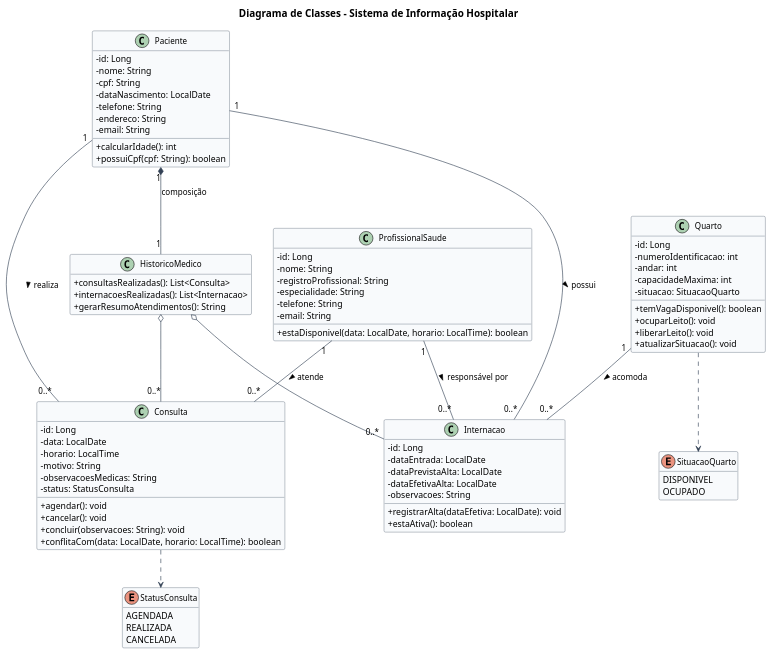
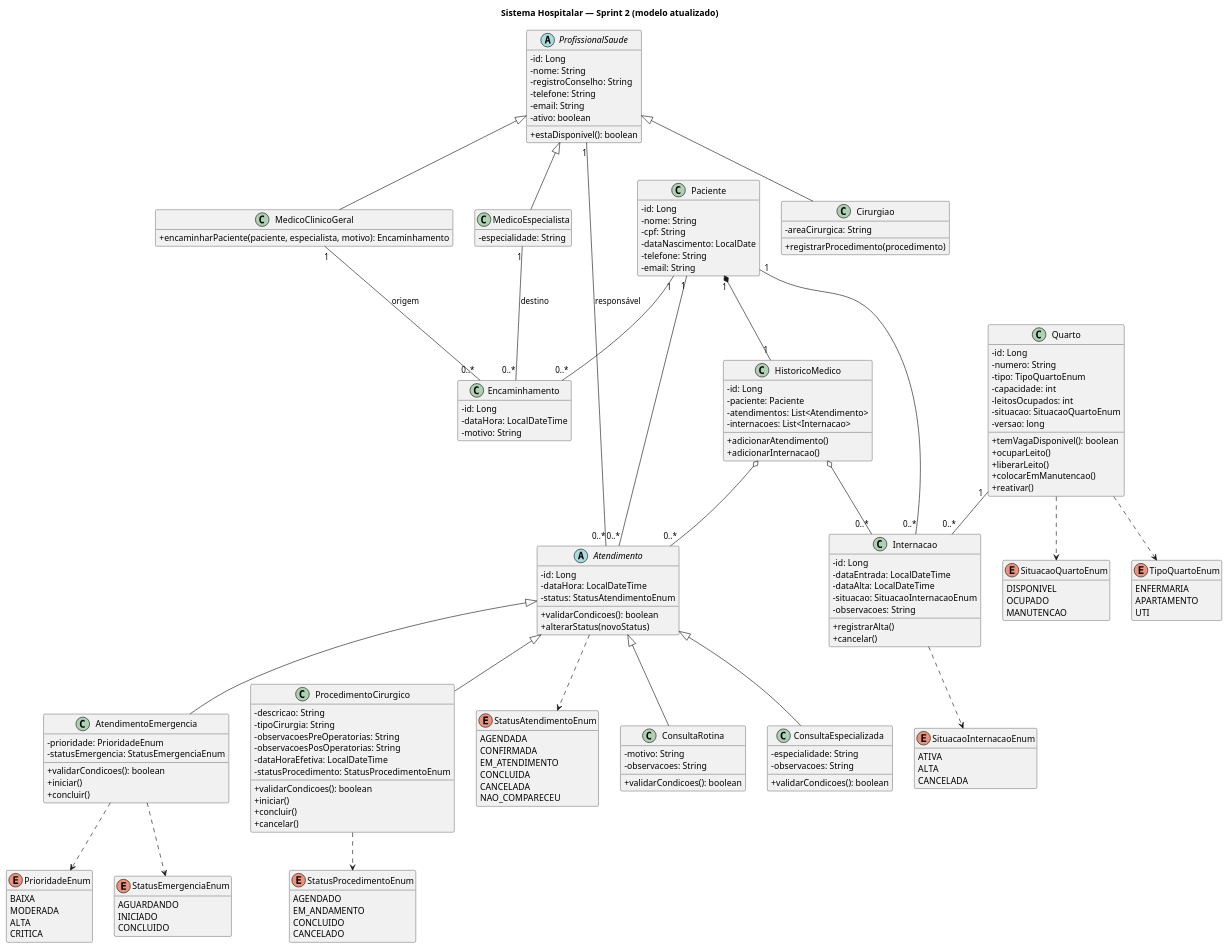
Before and after one commit to Vinicius-Mantini/Sistema_Hospitalar: the diagram in diagrama/diagrama-classes.puml, drawn with PlantUML. The commit also changed 69 other files, not shown here.

```diff
--- a/diagrama/diagrama-classes.puml
+++ b/diagrama/diagrama-classes.puml
@@ -1,99 +1,175 @@
 @startuml diagrama-classes
-title Diagrama de Classes - Sistema de Informação Hospitalar
-skinparam backgroundColor white
-skinparam classAttributeIconSize 0
-skinparam shadowing false
-skinparam class {
-  BackgroundColor #F8FAFC
-  BorderColor #334155
-  ArrowColor #334155
-  FontSize 13
-}
-skinparam titleFontSize 16
-hide empty members
+ title Sistema Hospitalar — Sprint 2 (modelo atualizado)
+ skinparam classAttributeIconSize 0
+ hide empty members
 
-class Paciente {
-  - id: Long
-  - nome: String
-  - cpf: String
-  - dataNascimento: LocalDate
-  - telefone: String
-  - endereco: String
-  - email: String
-  + calcularIdade(): int
-  + possuiCpf(cpf: String): boolean
-}
+ abstract class ProfissionalSaude {
+   - id: Long
+   - nome: String
+   - registroConselho: String
+   - telefone: String
+   - email: String
+   - ativo: boolean
+   + estaDisponivel(): boolean
+ }
+ class MedicoClinicoGeral {
+   + encaminharPaciente(paciente, especialista, motivo): Encaminhamento
+ }
+ class MedicoEspecialista {
+   - especialidade: String
+ }
+ class Cirurgiao {
+   - areaCirurgica: String
+   + registrarProcedimento(procedimento)
+ }
+ ProfissionalSaude <|-- MedicoClinicoGeral
+ ProfissionalSaude <|-- MedicoEspecialista
+ ProfissionalSaude <|-- Cirurgiao
 
-class ProfissionalSaude {
-  - id: Long
-  - nome: String
-  - registroProfissional: String
-  - especialidade: String
-  - telefone: String
-  - email: String
-  + estaDisponivel(data: LocalDate, horario: LocalTime): boolean
-}
+ class Paciente {
+   - id: Long
+   - nome: String
+   - cpf: String
+   - dataNascimento: LocalDate
+   - telefone: String
+   - email: String
+ }
+ class Encaminhamento {
+   - id: Long
+   - dataHora: LocalDateTime
+   - motivo: String
+ }
+ Paciente "1" -- "0..*" Encaminhamento
+ MedicoClinicoGeral "1" -- "0..*" Encaminhamento : origem
+ MedicoEspecialista "1" -- "0..*" Encaminhamento : destino
 
-class Consulta {
-  - id: Long
-  - data: LocalDate
-  - horario: LocalTime
-  - motivo: String
-  - observacoesMedicas: String
-  - status: StatusConsulta
-  + agendar(): void
-  + cancelar(): void
-  + concluir(observacoes: String): void
-  + conflitaCom(data: LocalDate, horario: LocalTime): boolean
-}
+ abstract class Atendimento {
+   - id: Long
+   - dataHora: LocalDateTime
+   - status: StatusAtendimentoEnum
+   + validarCondicoes(): boolean
+   + alterarStatus(novoStatus)
+ }
+ class ConsultaRotina {
+   - motivo: String
+   - observacoes: String
+   + validarCondicoes(): boolean
+ }
+ class ConsultaEspecializada {
+   - especialidade: String
+   - observacoes: String
+   + validarCondicoes(): boolean
+ }
+ class AtendimentoEmergencia {
+   - prioridade: PrioridadeEnum
+   - statusEmergencia: StatusEmergenciaEnum
+   + validarCondicoes(): boolean
+   + iniciar()
+   + concluir()
+ }
+ class ProcedimentoCirurgico {
+   - descricao: String
+   - tipoCirurgia: String
+   - observacoesPreOperatorias: String
+   - observacoesPosOperatorias: String
+   - dataHoraEfetiva: LocalDateTime
+   - statusProcedimento: StatusProcedimentoEnum
+   + validarCondicoes(): boolean
+   + iniciar()
+   + concluir()
+   + cancelar()
+ }
+ Atendimento <|-- ConsultaRotina
+ Atendimento <|-- ConsultaEspecializada
+ Atendimento <|-- AtendimentoEmergencia
+ Atendimento <|-- ProcedimentoCirurgico
+ Paciente "1" -- "0..*" Atendimento
+ ProfissionalSaude "1" -- "0..*" Atendimento : responsável
 
-class Internacao {
-  - id: Long
-  - dataEntrada: LocalDate
-  - dataPrevistaAlta: LocalDate
-  - dataEfetivaAlta: LocalDate
-  - observacoes: String
-  + registrarAlta(dataEfetiva: LocalDate): void
-  + estaAtiva(): boolean
-}
+ class HistoricoMedico {
+   - id: Long
+   - paciente: Paciente
+   - atendimentos: List<Atendimento>
+   - internacoes: List<Internacao>
+   + adicionarAtendimento()
+   + adicionarInternacao()
+ }
+ Paciente "1" *-- "1" HistoricoMedico
+ HistoricoMedico o-- "0..*" Atendimento
+ HistoricoMedico o-- "0..*" Internacao
 
-class Quarto {
-  - id: Long
-  - numeroIdentificacao: int
-  - andar: int
-  - capacidadeMaxima: int
-  - situacao: SituacaoQuarto
-  + temVagaDisponivel(): boolean
-  + ocuparLeito(): void
-  + liberarLeito(): void
-  + atualizarSituacao(): void
-}
+ class Quarto {
+   - id: Long
+   - numero: String
+   - tipo: TipoQuartoEnum
+   - capacidade: int
+   - leitosOcupados: int
+   - situacao: SituacaoQuartoEnum
+   - versao: long
+   + temVagaDisponivel(): boolean
+   + ocuparLeito()
+   + liberarLeito()
+   + colocarEmManutencao()
+   + reativar()
+ }
+ class Internacao {
+   - id: Long
+   - dataEntrada: LocalDateTime
+   - dataAlta: LocalDateTime
+   - situacao: SituacaoInternacaoEnum
+   - observacoes: String
+   + registrarAlta()
+   + cancelar()
+ }
+ Paciente "1" -- "0..*" Internacao
+ Quarto "1" -- "0..*" Internacao
 
-class HistoricoMedico {
-  + consultasRealizadas(): List<Consulta>
-  + internacoesRealizadas(): List<Internacao>
-  + gerarResumoAtendimentos(): String
-}
+ enum StatusAtendimentoEnum {
+   AGENDADA
+   CONFIRMADA
+   EM_ATENDIMENTO
+   CONCLUIDA
+   CANCELADA
+   NAO_COMPARECEU
+ }
+ enum PrioridadeEnum {
+   BAIXA
+   MODERADA
+   ALTA
+   CRITICA
+ }
+ enum StatusEmergenciaEnum {
+   AGUARDANDO
+   INICIADO
+   CONCLUIDO
+ }
+ enum StatusProcedimentoEnum {
+   AGENDADO
+   EM_ANDAMENTO
+   CONCLUIDO
+   CANCELADO
+ }
+ enum SituacaoQuartoEnum {
+   DISPONIVEL
+   OCUPADO
+   MANUTENCAO
+ }
+ enum TipoQuartoEnum {
+   ENFERMARIA
+   APARTAMENTO
+   UTI
+ }
+ enum SituacaoInternacaoEnum {
+   ATIVA
+   ALTA
+   CANCELADA
+ }
 
-enum StatusConsulta {
-  AGENDADA
-  REALIZADA
-  CANCELADA
-}
-
-enum SituacaoQuarto {
-  DISPONIVEL
-  OCUPADO
-}
-
-Paciente "1" -- "0..*" Consulta : realiza >
-ProfissionalSaude "1" -- "0..*" Consulta : atende >
-Paciente "1" -- "0..*" Internacao : possui >
-ProfissionalSaude "1" -- "0..*" Internacao : responsável por >
-Quarto "1" -- "0..*" Internacao : acomoda >
-Paciente "1" *-- "1" HistoricoMedico : composição
-HistoricoMedico o-- "0..*" Consulta
-HistoricoMedico o-- "0..*" Internacao
-Consulta ..> StatusConsulta
-Quarto ..> SituacaoQuarto
-@enduml
+ Atendimento ..> StatusAtendimentoEnum
+ AtendimentoEmergencia ..> PrioridadeEnum
+ AtendimentoEmergencia ..> StatusEmergenciaEnum
+ ProcedimentoCirurgico ..> StatusProcedimentoEnum
+ Quarto ..> SituacaoQuartoEnum
+ Quarto ..> TipoQuartoEnum
+ Internacao ..> SituacaoInternacaoEnum
+ @enduml
```
